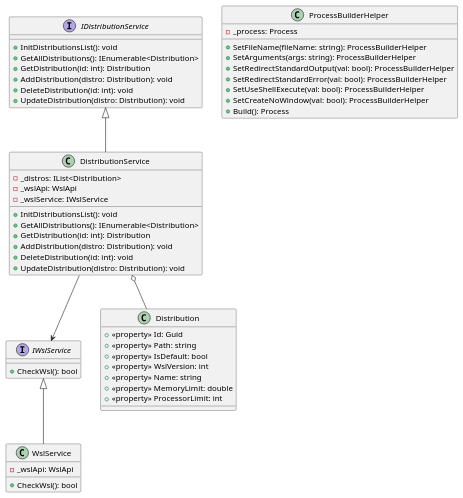
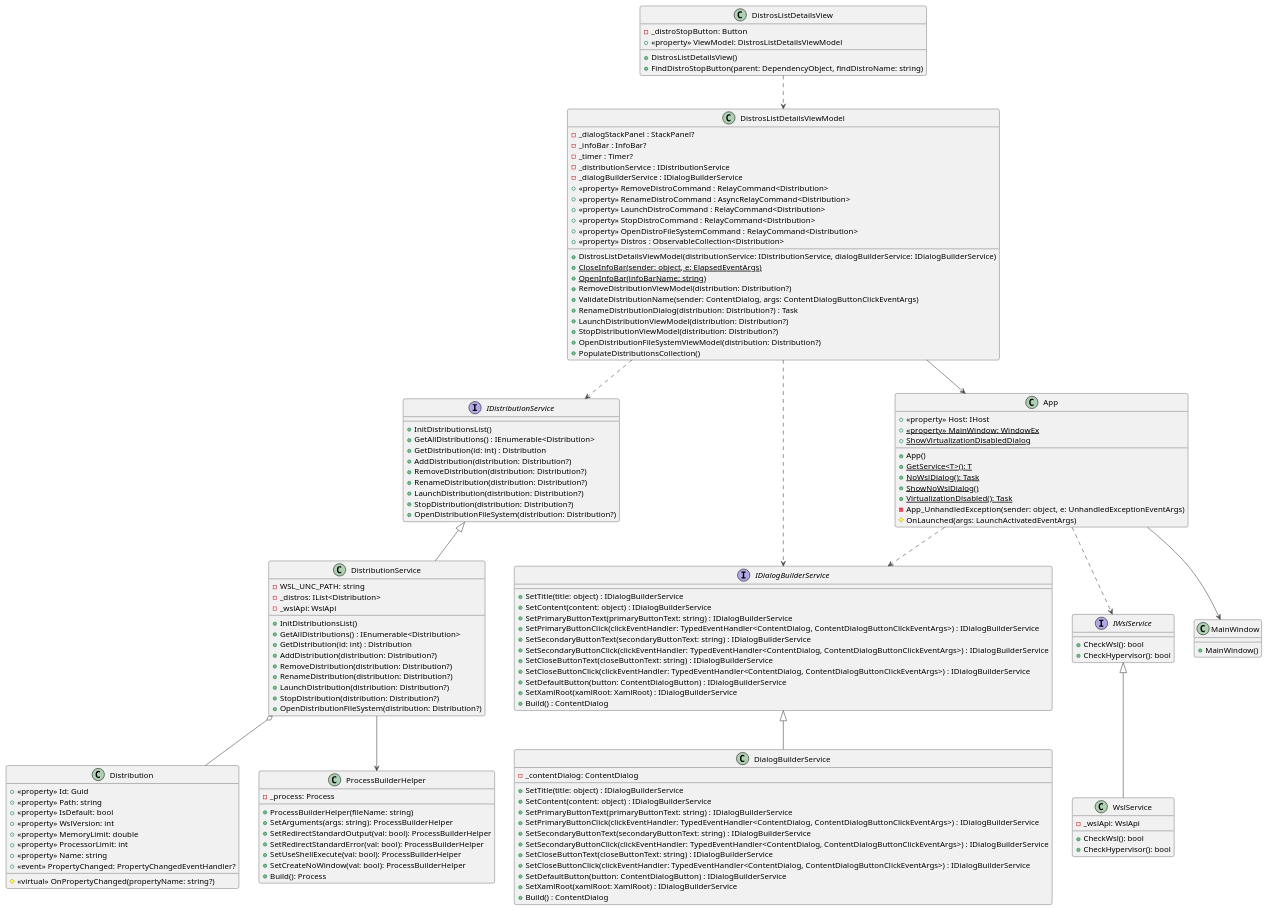
Before and after one commit to NathanQuellec/WSL-Studio: the diagram in WSLStudio/wslstudio_class_diagram.puml, drawn with PlantUML. The commit also changed 7 other files, not shown here.

Commit message:
refactor plantuml and  viewmodel

```diff
--- a/WSLStudio/wslstudio_class_diagram.puml
+++ b/WSLStudio/wslstudio_class_diagram.puml
@@ -1,67 +1,170 @@
 @startuml
 'https://plantuml.com/class-diagram
 
+!theme vibrant
 IDistributionService <|-- DistributionService
+IDialogBuilderService <|-- DialogBuilderService
 IWslService <|-- WslService
 DistributionService o-- Distribution
-DistributionService --> IWslService
-
-
+DistributionService --> ProcessBuilderHelper
+DistrosListDetailsViewModel ..> IDialogBuilderService
+DistrosListDetailsViewModel ..> IDistributionService
+DistrosListDetailsView ..> DistrosListDetailsViewModel
+DistrosListDetailsViewModel --> App
+App ..> IWslService
+App ..> IDialogBuilderService
+App --> MainWindow
 class Distribution
 {
     + <<property>> Id: Guid
     + <<property>> Path: string
     + <<property>> IsDefault: bool
     + <<property>> WslVersion: int
+    + <<property>> MemoryLimit: double
+    + <<property>> ProcessorLimit: int
     + <<property>> Name: string
-    + <<property>> MemoryLimit: double
-    + <<property>> ProcessorLimit: int     
-}
-
-interface IDistributionService
-{
-	+ InitDistributionsList(): void
-    + GetAllDistributions(): IEnumerable<Distribution>
-    + GetDistribution(id: int): Distribution
-    + AddDistribution(distro: Distribution): void
-    + DeleteDistribution(id: int): void
-    + UpdateDistribution(distro: Distribution): void
-}
-
-class DistributionService
-{
-	- _distros: IList<Distribution>
-	- _wslApi: WslApi
-	- _wslService: IWslService
-	+ InitDistributionsList(): void
-	+ GetAllDistributions(): IEnumerable<Distribution>
-	+ GetDistribution(id: int): Distribution
-	+ AddDistribution(distro: Distribution): void
-	+ DeleteDistribution(id: int): void
-	+ UpdateDistribution(distro: Distribution): void
-}
-
-interface IWslService
-{
-	+ CheckWsl(): bool
-}
-
-class WslService
-{
-	- _wslApi: WslApi
-	+ CheckWsl(): bool
+    + <<event>> PropertyChanged: PropertyChangedEventHandler?
+    # <<virtual>> OnPropertyChanged(propertyName: string?)
 }
 
 class ProcessBuilderHelper
 {
     - _process: Process
-    + SetFileName(fileName: string): ProcessBuilderHelper
+    + ProcessBuilderHelper(fileName: string)
     + SetArguments(args: string): ProcessBuilderHelper
     + SetRedirectStandardOutput(val: bool): ProcessBuilderHelper
     + SetRedirectStandardError(val: bool): ProcessBuilderHelper
     + SetUseShellExecute(val: bool): ProcessBuilderHelper
     + SetCreateNoWindow(val: bool): ProcessBuilderHelper
     + Build(): Process
 }
 
+
+interface IDistributionService 
+{
+	+ InitDistributionsList()
+	+ GetAllDistributions() : IEnumerable<Distribution>
+	+ GetDistribution(id: int) : Distribution
+	+ AddDistribution(distribution: Distribution?)
+	+ RemoveDistribution(distribution: Distribution?)
+	+ RenameDistribution(distribution: Distribution?)
+	+ LaunchDistribution(distribution: Distribution?)
+	+ StopDistribution(distribution: Distribution?)
+	+ OpenDistributionFileSystem(distribution: Distribution?)
+}
+
+class DistributionService 
+{
+	- WSL_UNC_PATH: string
+	- _distros: IList<Distribution>
+	- _wslApi: WslApi
+	+ InitDistributionsList()
+	+ GetAllDistributions() : IEnumerable<Distribution>
+	+ GetDistribution(id: int) : Distribution
+	+ AddDistribution(distribution: Distribution?)
+	+ RemoveDistribution(distribution: Distribution?)
+	+ RenameDistribution(distribution: Distribution?)
+	+ LaunchDistribution(distribution: Distribution?)
+	+ StopDistribution(distribution: Distribution?)
+	+ OpenDistributionFileSystem(distribution: Distribution?)
+}
+
+interface IWslService
+{
+	+ CheckWsl(): bool
+	+ CheckHypervisor(): bool
+}
+
+class WslService
+{
+	- _wslApi: WslApi
+	+ CheckWsl(): bool
+	+ CheckHypervisor(): bool
+}
+
+interface IDialogBuilderService 
+{
+  + SetTitle(title: object) : IDialogBuilderService
+  + SetContent(content: object) : IDialogBuilderService
+  + SetPrimaryButtonText(primaryButtonText: string) : IDialogBuilderService
+  + SetPrimaryButtonClick(clickEventHandler: TypedEventHandler<ContentDialog, ContentDialogButtonClickEventArgs>) : IDialogBuilderService
+  + SetSecondaryButtonText(secondaryButtonText: string) : IDialogBuilderService
+  + SetSecondaryButtonClick(clickEventHandler: TypedEventHandler<ContentDialog, ContentDialogButtonClickEventArgs>) : IDialogBuilderService
+  + SetCloseButtonText(closeButtonText: string) : IDialogBuilderService
+  + SetCloseButtonClick(clickEventHandler: TypedEventHandler<ContentDialog, ContentDialogButtonClickEventArgs>) : IDialogBuilderService
+  + SetDefaultButton(button: ContentDialogButton) : IDialogBuilderService
+  + SetXamlRoot(xamlRoot: XamlRoot) : IDialogBuilderService
+  + Build() : ContentDialog
+}
+
+class DialogBuilderService 
+{
+  - _contentDialog: ContentDialog
+  + SetTitle(title: object) : IDialogBuilderService
+  + SetContent(content: object) : IDialogBuilderService
+  + SetPrimaryButtonText(primaryButtonText: string) : IDialogBuilderService
+  + SetPrimaryButtonClick(clickEventHandler: TypedEventHandler<ContentDialog, ContentDialogButtonClickEventArgs>) : IDialogBuilderService
+  + SetSecondaryButtonText(secondaryButtonText: string) : IDialogBuilderService
+  + SetSecondaryButtonClick(clickEventHandler: TypedEventHandler<ContentDialog, ContentDialogButtonClickEventArgs>) : IDialogBuilderService
+  + SetCloseButtonText(closeButtonText: string) : IDialogBuilderService
+  + SetCloseButtonClick(clickEventHandler: TypedEventHandler<ContentDialog, ContentDialogButtonClickEventArgs>) : IDialogBuilderService
+  + SetDefaultButton(button: ContentDialogButton) : IDialogBuilderService
+  + SetXamlRoot(xamlRoot: XamlRoot) : IDialogBuilderService
+  + Build() : ContentDialog
+}
+
+class DistrosListDetailsViewModel 
+{
+  - _dialogStackPanel : StackPanel?
+  - _infoBar : InfoBar?
+  - _timer : Timer?
+  - _distributionService : IDistributionService
+  - _dialogBuilderService : IDialogBuilderService
+  + <<property>> RemoveDistroCommand : RelayCommand<Distribution>
+  + <<property>> RenameDistroCommand : AsyncRelayCommand<Distribution>
+  + <<property>> LaunchDistroCommand : RelayCommand<Distribution>
+  + <<property>> StopDistroCommand : RelayCommand<Distribution>
+  + <<property>> OpenDistroFileSystemCommand : RelayCommand<Distribution>
+  + <<property>> Distros : ObservableCollection<Distribution>
+  
+  + DistrosListDetailsViewModel(distributionService: IDistributionService, dialogBuilderService: IDialogBuilderService)
+  + {static} CloseInfoBar(sender: object, e: ElapsedEventArgs)
+  + {static} OpenInfoBar(infoBarName: string)
+  + RemoveDistributionViewModel(distribution: Distribution?)
+  + ValidateDistributionName(sender: ContentDialog, args: ContentDialogButtonClickEventArgs)
+  + RenameDistributionDialog(distribution: Distribution?) : Task
+  + LaunchDistributionViewModel(distribution: Distribution?)
+  + StopDistributionViewModel(distribution: Distribution?)
+  + OpenDistributionFileSystemViewModel(distribution: Distribution?)
+  + PopulateDistributionsCollection()
+}
+
+class DistrosListDetailsView
+{
+    - _distroStopButton: Button
+    + <<property>> ViewModel: DistrosListDetailsViewModel
+    + DistrosListDetailsView()
+    + FindDistroStopButton(parent: DependencyObject, findDistroName: string)
+
+}
+
+class App
+{
+    + <<property>> Host: IHost
+    + {static} <<property>> MainWindow: WindowEx
+    + App()
+    + {static} GetService<T>(): T
+    + {static} NoWslDialog(): Task
+    + {static} ShowNoWslDialog()
+    + {static} VirtualizationDisabled(): Task
+    + {static} ShowVirtualizationDisabledDialog
+    - App_UnhandledException(sender: object, e: UnhandledExceptionEventArgs)
+    # OnLaunched(args: LaunchActivatedEventArgs)
+}
+
+class MainWindow
+{
+    + MainWindow()
+}
+
 @enduml
```
